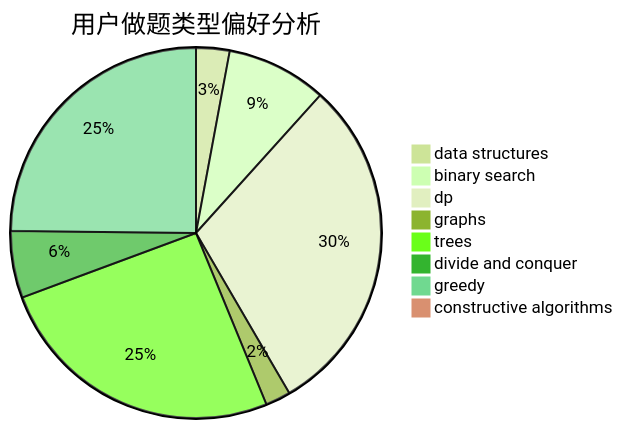
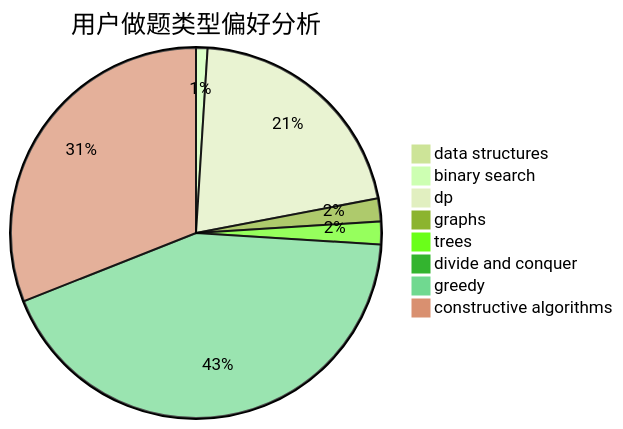
Before and after one commit to sherpahu/cfrs.github.io: the second of 3 diagrams in docs/user/u2290.md, drawn with Mermaid (forest theme). The commit also changed other lines of this file and 2770 other files, not shown here.

````diff
--- a/docs/user/u2290.md
+++ b/docs/user/u2290.md
@@ -23,11 +23,11 @@
 ```mermaid
 pie title 用户做题类型偏好分析
-    "data structures" :  4
-    "binary search" :  12
-    "dp" :  41
-    "graphs" :  3
-    "trees" :  35
-    "divide and conquer" :  8
-    "greedy" :  34
-    "constructive algorithms" :  1
+    "data structures" :  0
+    "binary search" :  1
+    "dp" :  21
+    "graphs" :  2
+    "trees" :  2
+    "divide and conquer" :  0
+    "greedy" :  43
+    "constructive algorithms" :  31
 ```
````
